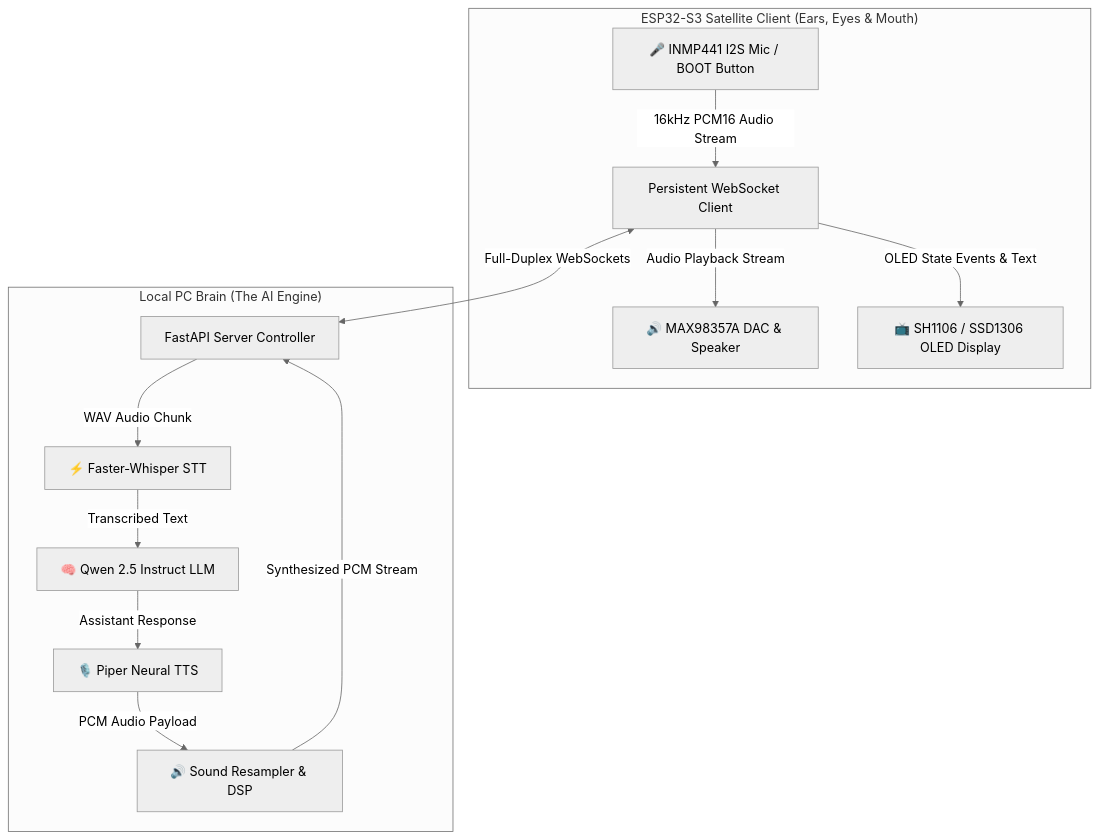
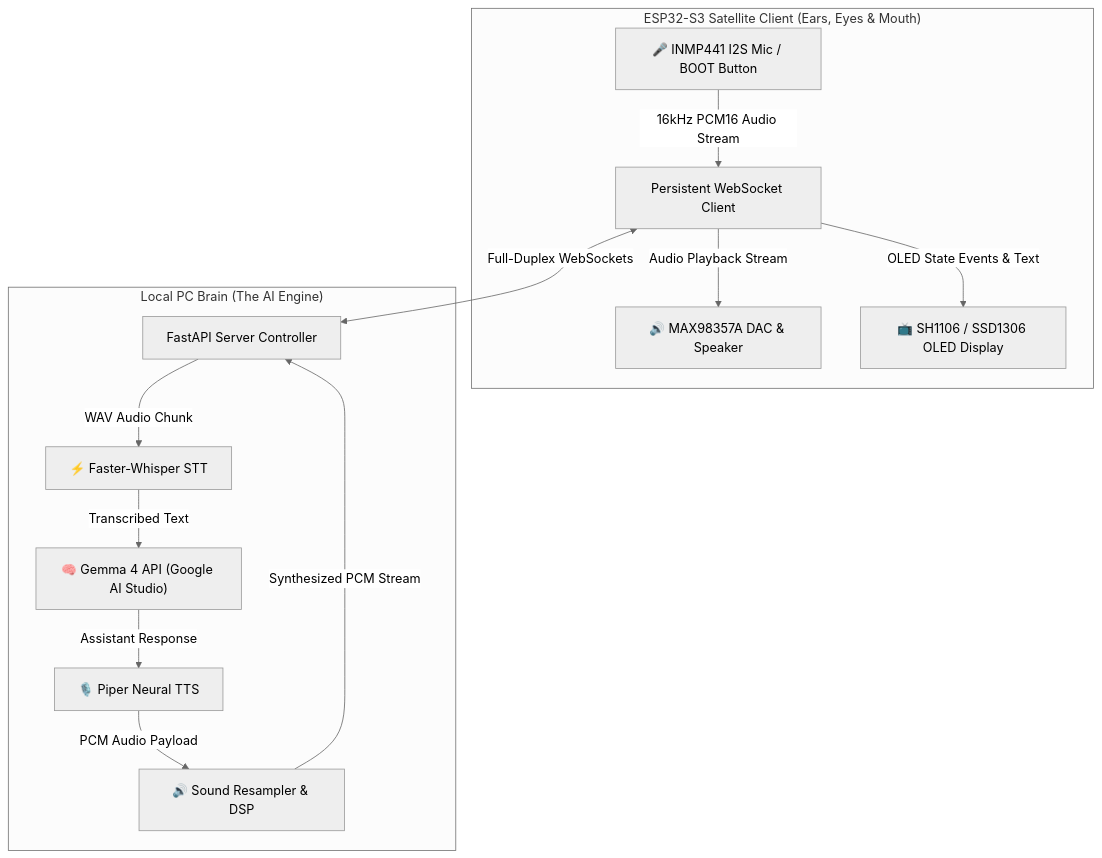
One commit to vishu2212/GEMMA_JARVIS changed the diagram in README.md. Above: the diagram before and after it, drawn with Mermaid (neutral theme). The commit also changed other lines of this file and 10 other files, not shown here.

Commit message:
feat: integrate Gemma 4 API (Google AI Studio), add embedded engineering copilot mode, OLED pipeline progress events, and hackathon documentation

````diff
--- a/README.md
+++ b/README.md
@@ -50,17 +50,17 @@
 ```mermaid
 graph TD
     subgraph Client ["ESP32-S3 Satellite Client (Ears, Eyes & Mouth)"]
         A["🎤 INMP441 I2S Mic / BOOT Button"] -->|16kHz PCM16 Audio Stream| B["Persistent WebSocket Client"]
         B -->|Audio Playback Stream| C["🔊 MAX98357A DAC & Speaker"]
         B -->|OLED State Events & Text| D["📺 SH1106 / SSD1306 OLED Display"]
     end
 
     subgraph Brain ["Local PC Brain (The AI Engine)"]
         B <-->|Full-Duplex WebSockets| E["FastAPI Server Controller"]
         E -->|WAV Audio Chunk| F["⚡ Faster-Whisper STT"]
-        F -->|Transcribed Text| G["🧠 Qwen 2.5 Instruct LLM"]
+        F -->|Transcribed Text| G["🧠 Gemma 4 API (Google AI Studio)"]
         G -->|Assistant Response| H["🎙️ Piper Neural TTS"]
         H -->|PCM Audio Payload| I["🔊 Sound Resampler & DSP"]
         I -->|Synthesized PCM Stream| E
     end
 ```
````
